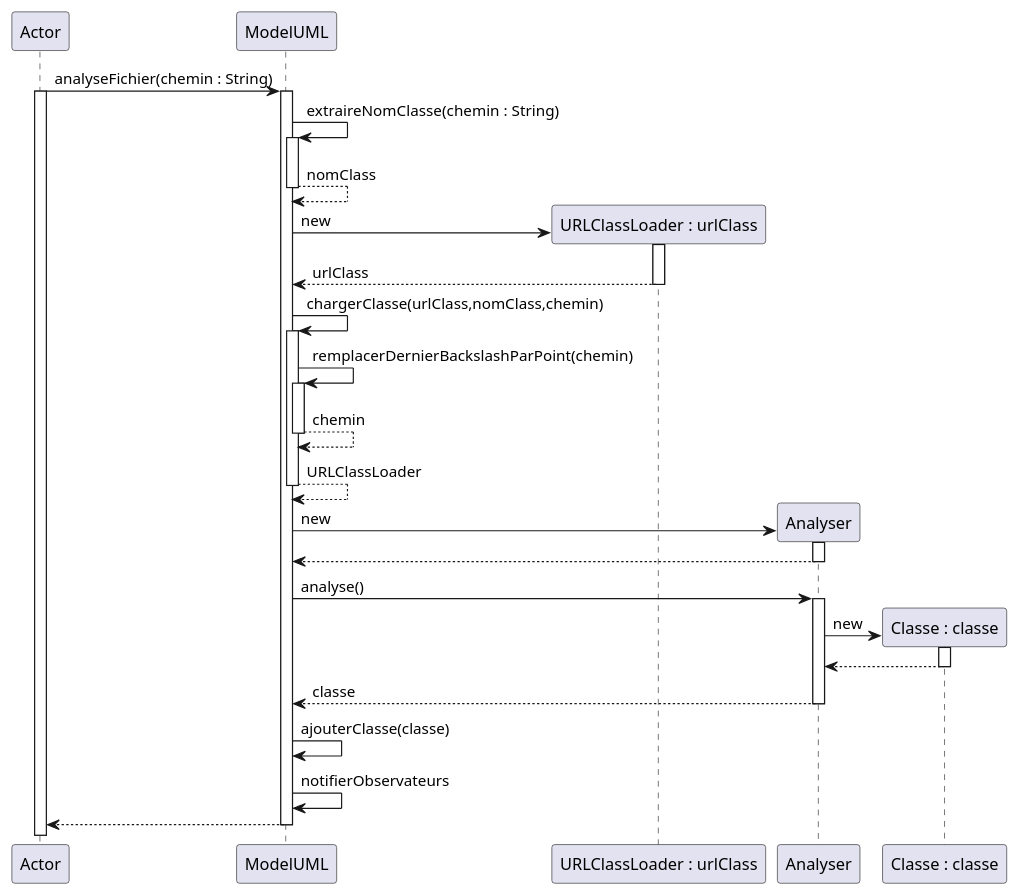
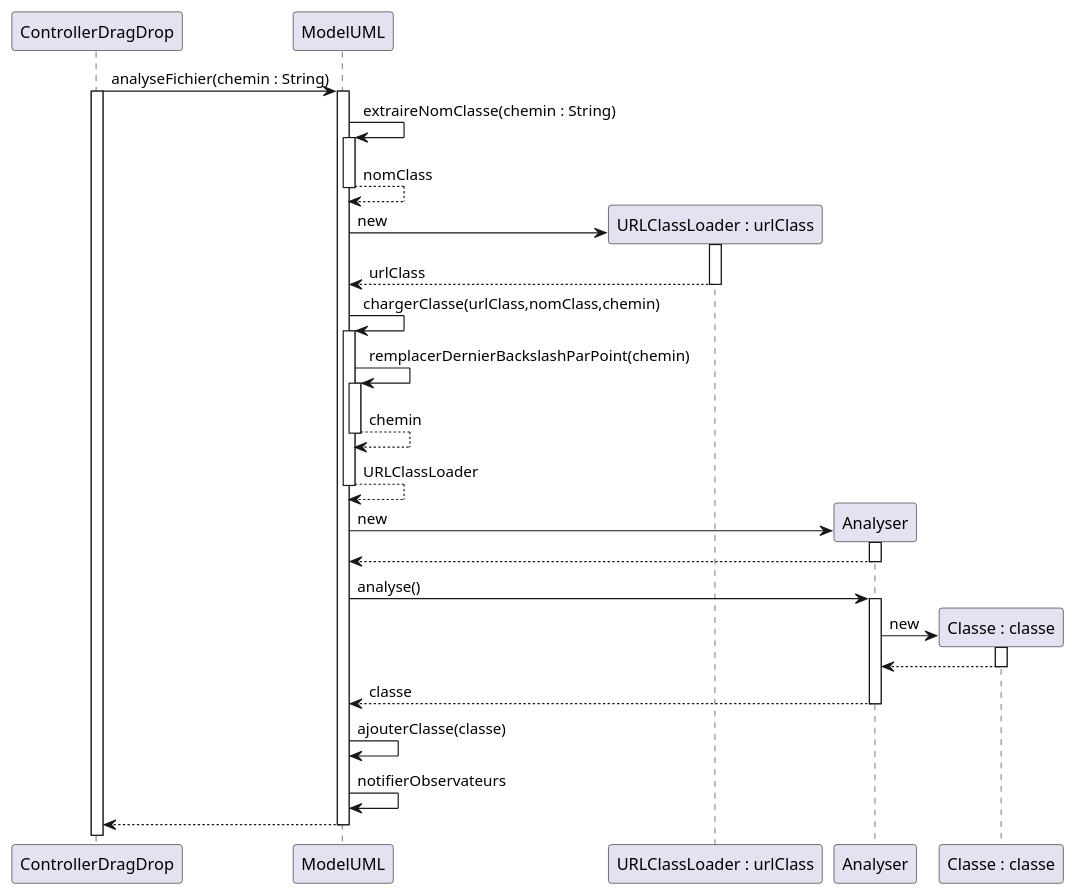
The diagram in documents/Iteration_2/diagSeq_analyseFichier.puml (Valentxn7/adg_project), drawn with PlantUML before and after one commit.

Commit message:
Modif mineur

```diff
--- a/documents/Iteration_2/diagSeq_analyseFichier.puml
+++ b/documents/Iteration_2/diagSeq_analyseFichier.puml
@@ -1,45 +1,45 @@
 @startuml
 
-participant Actor
+participant ControllerDragDrop
 
-Actor -> ModelUML : analyseFichier(chemin : String)
-activate Actor
+ControllerDragDrop -> ModelUML : analyseFichier(chemin : String)
+activate ControllerDragDrop
 activate "ModelUML"
 ModelUML -> ModelUML : extraireNomClasse(chemin : String)
 activate ModelUML
 ModelUML --> ModelUML : nomClass
 deactivate ModelUML
 create "URLClassLoader : urlClass" as URLClassLoader
 ModelUML -> URLClassLoader : new
 activate URLClassLoader
 URLClassLoader --> ModelUML : urlClass
 deactivate URLClassLoader
 ModelUML -> ModelUML : chargerClasse(urlClass,nomClass,chemin)
 activate ModelUML
 ModelUML -> ModelUML : remplacerDernierBackslashParPoint(chemin)
 activate ModelUML
 ModelUML --> ModelUML : chemin
 deactivate ModelUML
 ModelUML --> ModelUML : URLClassLoader
 deactivate ModelUML
 create Analyser
 ModelUML -> Analyser : new
 activate Analyser
 Analyser --> ModelUML
 deactivate Analyser
 ModelUML -> Analyser : analyse()
 activate Analyser
 create "Classe : classe" as Classe
 
 Analyser -> Classe : new
 activate Classe
 Classe --> Analyser
 deactivate Classe
 Analyser --> ModelUML :  classe
 deactivate Analyser
 ModelUML -> ModelUML : ajouterClasse(classe)
 
 deactivate Classe
 ModelUML -> ModelUML : notifierObservateurs
 return
 @enduml
```
